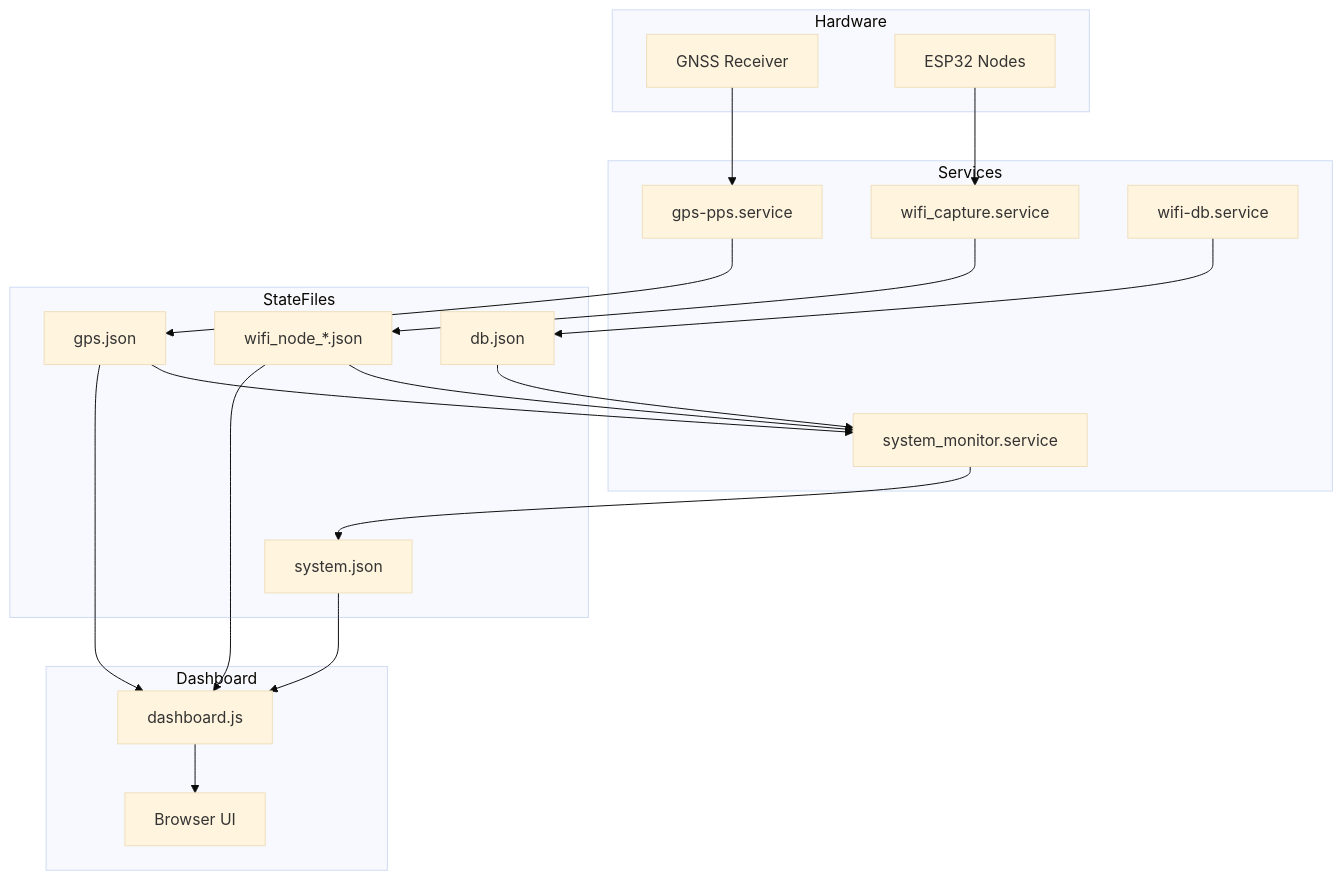
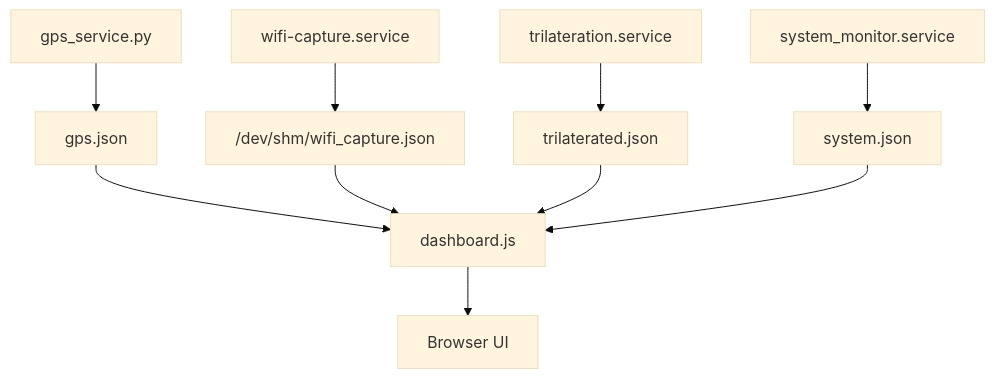
The second of 2 diagrams in dashboard.md (sbejarano/WiFi_Promiscuous), drawn with Mermaid (base theme) before and after one commit. The commit also changed other lines of this file, not shown here.

````diff
--- a/dashboard.md
+++ b/dashboard.md
@@ -82,41 +96,15 @@
 ```mermaid
 flowchart TD
 
-    subgraph Hardware
-        GNSS[GNSS Receiver]
-        ESP[ESP32 Nodes]
-    end
+    GPSSVC["gps_service.py"] --> GPSJ["gps.json"]
+    CAP["wifi-capture.service"] --> CAPJ["/dev/shm/wifi_capture.json"]
+    TRI["trilateration.service"] --> TRIJ["trilaterated.json"]
+    MON["system_monitor.service"] --> SYSJ["system.json"]
 
-    subgraph Services
-        GPS[gps-pps.service]
-        WIFI[wifi_capture.service]
-        DB[wifi-db.service]
-        MON[system_monitor.service]
-    end
+    GPSJ --> JS["dashboard.js"]
+    CAPJ --> JS
+    TRIJ --> JS
+    SYSJ --> JS
 
-    subgraph StateFiles
-        GPSJ[gps.json]
-        WIFIN[wifi_node_*.json]
-        SYSJ[system.json]
-        DBJ[db.json]
-    end
-
-    subgraph Dashboard
-        JS[dashboard.js]
-        UI[Browser UI]
-    end
-
-    GNSS --> GPS --> GPSJ
-    ESP --> WIFI --> WIFIN
-    DB --> DBJ
-
-    GPSJ --> MON
-    WIFIN --> MON
-    DBJ --> MON
-
-    MON --> SYSJ
-
-    SYSJ --> JS --> UI
-    GPSJ --> JS
-    WIFIN --> JS
+    JS --> UI["Browser UI"]
 ```
````
